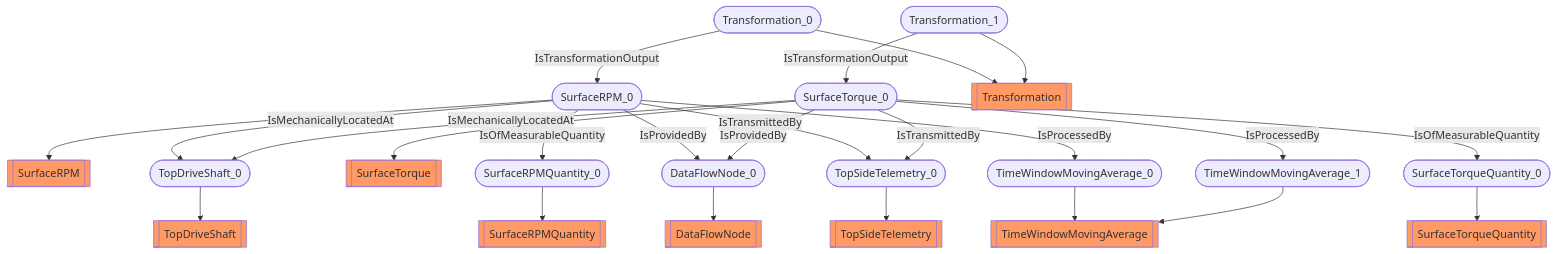
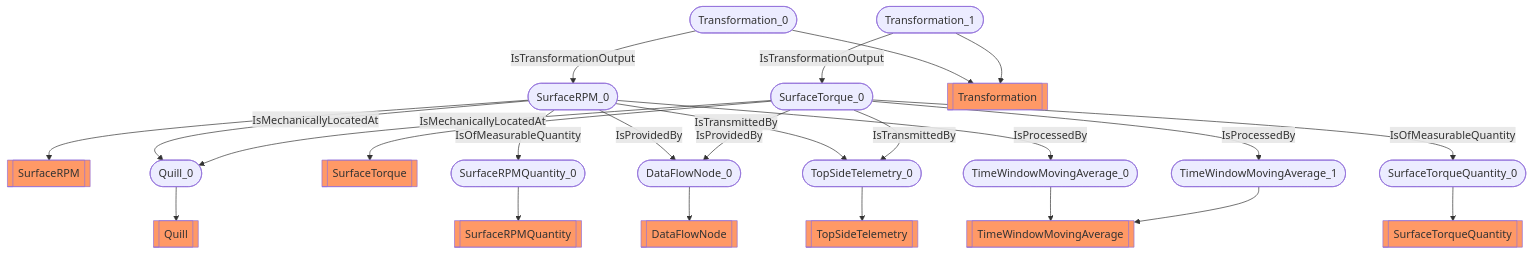
Before and after one commit to D-WIS/DDHub-Semantic-Interoperability: the diagram in docs/vocabulary_development/auto-generated/md/examples/Rotation and Torque.md, drawn with Mermaid. The commit also changed other lines of this file and 27 other files, not shown here.

````diff
--- a/docs/vocabulary_development/auto-generated/md/examples/Rotation and Torque.md
+++ b/docs/vocabulary_development/auto-generated/md/examples/Rotation and Torque.md
@@ -25,28 +25,28 @@
 ```mermaid
 flowchart TD
 	 classDef typeClass fill:#f96;
 	 classDef classClass fill:#9dd0ff;
 	SurfaceRPM_0([SurfaceRPM_0]) --> SurfaceRPM[[SurfaceRPM]]:::typeClass
-	TopDriveShaft_0([TopDriveShaft_0]) --> TopDriveShaft[[TopDriveShaft]]:::typeClass
+	Quill_0([Quill_0]) --> Quill[[Quill]]:::typeClass
 	SurfaceTorque_0([SurfaceTorque_0]) --> SurfaceTorque[[SurfaceTorque]]:::typeClass
 	SurfaceRPMQuantity_0([SurfaceRPMQuantity_0]) --> SurfaceRPMQuantity[[SurfaceRPMQuantity]]:::typeClass
 	SurfaceTorqueQuantity_0([SurfaceTorqueQuantity_0]) --> SurfaceTorqueQuantity[[SurfaceTorqueQuantity]]:::typeClass
 	Transformation_0([Transformation_0]) --> Transformation[[Transformation]]:::typeClass
 	Transformation_1([Transformation_1]) --> Transformation[[Transformation]]:::typeClass
 	DataFlowNode_0([DataFlowNode_0]) --> DataFlowNode[[DataFlowNode]]:::typeClass
 	TopSideTelemetry_0([TopSideTelemetry_0]) --> TopSideTelemetry[[TopSideTelemetry]]:::typeClass
 	TimeWindowMovingAverage_0([TimeWindowMovingAverage_0]) --> TimeWindowMovingAverage[[TimeWindowMovingAverage]]:::typeClass
 	TimeWindowMovingAverage_1([TimeWindowMovingAverage_1]) --> TimeWindowMovingAverage[[TimeWindowMovingAverage]]:::typeClass
-	 SurfaceRPM_0 -- IsMechanicallyLocatedAt --> TopDriveShaft_0 
-	 SurfaceTorque_0 -- IsMechanicallyLocatedAt --> TopDriveShaft_0 
+	 SurfaceRPM_0 -- IsMechanicallyLocatedAt --> Quill_0 
+	 SurfaceTorque_0 -- IsMechanicallyLocatedAt --> Quill_0 
 	 SurfaceRPM_0 -- IsOfMeasurableQuantity --> SurfaceRPMQuantity_0 
 	 SurfaceTorque_0 -- IsOfMeasurableQuantity --> SurfaceTorqueQuantity_0 
 	 Transformation_0 -- IsTransformationOutput --> SurfaceRPM_0 
 	 Transformation_1 -- IsTransformationOutput --> SurfaceTorque_0 
 	 SurfaceRPM_0 -- IsProvidedBy --> DataFlowNode_0 
 	 SurfaceTorque_0 -- IsProvidedBy --> DataFlowNode_0 
 	 SurfaceRPM_0 -- IsTransmittedBy --> TopSideTelemetry_0 
 	 SurfaceTorque_0 -- IsTransmittedBy --> TopSideTelemetry_0 
 	 SurfaceRPM_0 -- IsProcessedBy --> TimeWindowMovingAverage_0 
 	 SurfaceTorque_0 -- IsProcessedBy --> TimeWindowMovingAverage_1 
 ```
````
